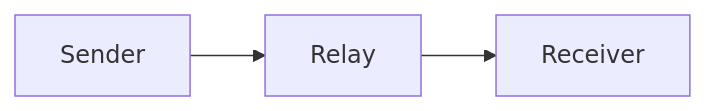
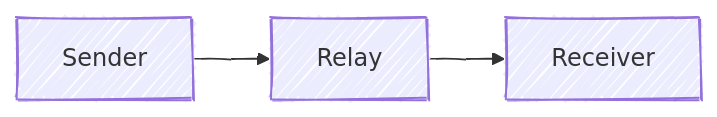
Before and after one commit to MurmurationPress/storytelling: the first of 3 diagrams in tools/story-teller/samples/diagram-project/Supporting Content/Signal note.md, drawn with Mermaid. The commit also changed other lines of this file and 20 other files, not shown here.

Commit message:
Revise Mermaid reader presentation and allow safe per-diagram styling

````diff
--- a/tools/story-teller/samples/diagram-project/Supporting Content/Signal note.md
+++ b/tools/story-teller/samples/diagram-project/Supporting Content/Signal note.md
@@ -5,6 +5,11 @@
 ```mermaid
+---
+config:
+  look: handDrawn
+  handDrawnSeed: 42
+---
 flowchart LR
   accTitle: Signal route
   accDescr: A signal moves from sender to relay to receiver.
   A[Sender] --> B[Relay] --> C[Receiver]
 ```
````
